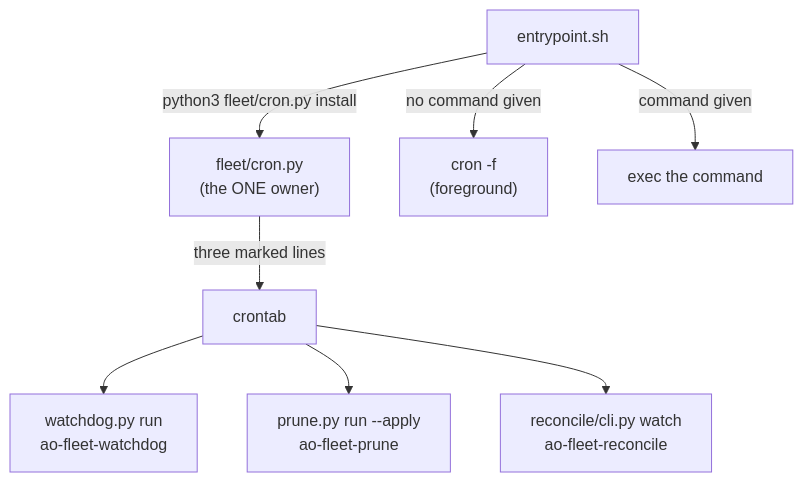
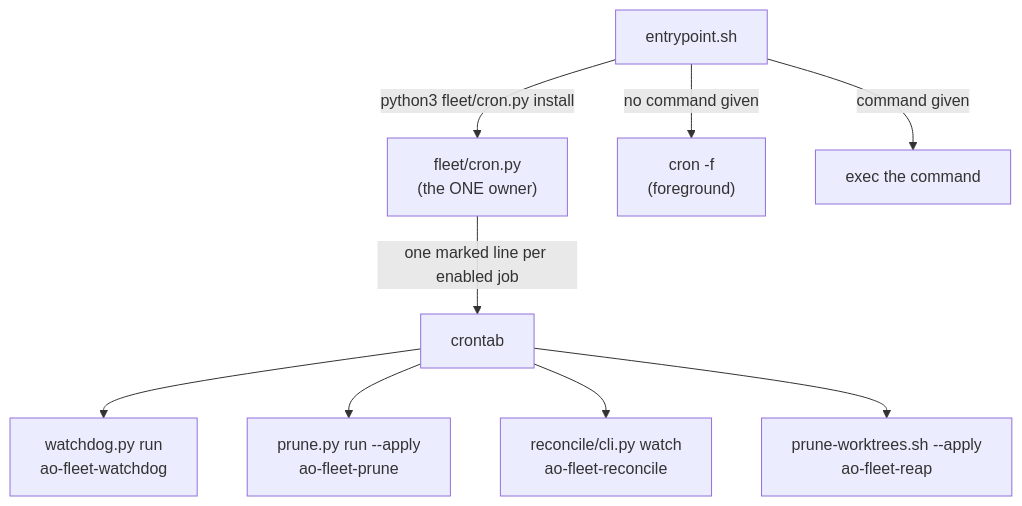
The diagram in infra/fleet/README.md (kushin77/agent-orchestrator), drawn with Mermaid before and after one commit. The commit also changed other lines of this file and 5 other files, not shown here.

````diff
--- a/infra/fleet/README.md
+++ b/infra/fleet/README.md
@@ -73,10 +77,11 @@
 ```mermaid
 flowchart TD
     E["entrypoint.sh"] -->|"python3 fleet/cron.py install"| C["fleet/cron.py<br/>(the ONE owner)"]
-    C -->|"three marked lines"| CT["crontab"]
+    C -->|"one marked line per enabled job"| CT["crontab"]
     CT --> W["watchdog.py run<br/>ao-fleet-watchdog"]
     CT --> P["prune.py run --apply<br/>ao-fleet-prune"]
     CT --> R["reconcile/cli.py watch<br/>ao-fleet-reconcile"]
+    CT --> RP["prune-worktrees.sh --apply<br/>ao-fleet-reap"]
     E -->|"no command given"| F["cron -f<br/>(foreground)"]
     E -->|"command given"| X["exec the command"]
 ```
````
